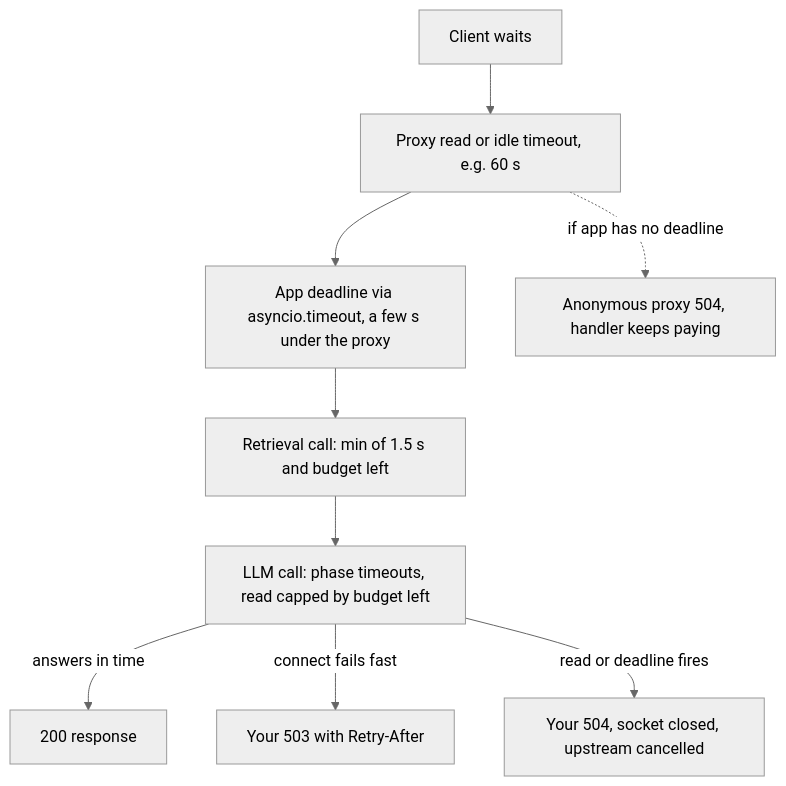
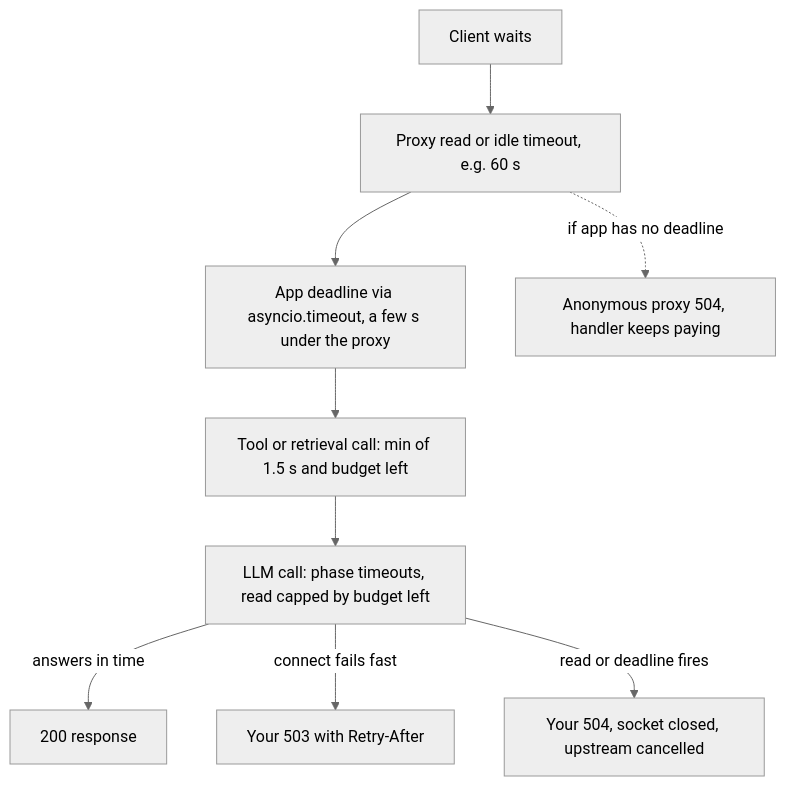
The diagram in content/fastapi-for-ai/timeouts.md (lovishmahajan97/agentic-learning), drawn with Mermaid (neutral theme) before and after one commit. The commit also changed other lines of this file and 266 other files, not shown here.

````diff
--- a/content/fastapi-for-ai/timeouts.md
+++ b/content/fastapi-for-ai/timeouts.md
@@ -130,11 +165,11 @@
 ```mermaid
 flowchart TD
     C["Client waits"] --> P["Proxy read or idle timeout, e.g. 60 s"]
     P --> A["App deadline via asyncio.timeout, a few s under the proxy"]
-    A --> R["Retrieval call: min of 1.5 s and budget left"]
+    A --> R["Tool or retrieval call: min of 1.5 s and budget left"]
     R --> G["LLM call: phase timeouts, read capped by budget left"]
     G -->|"answers in time"| OK["200 response"]
     G -->|"connect fails fast"| E3["Your 503 with Retry-After"]
     G -->|"read or deadline fires"| E4["Your 504, socket closed, upstream cancelled"]
     P -.->|"if app has no deadline"| X["Anonymous proxy 504, handler keeps paying"]
 ```
````
